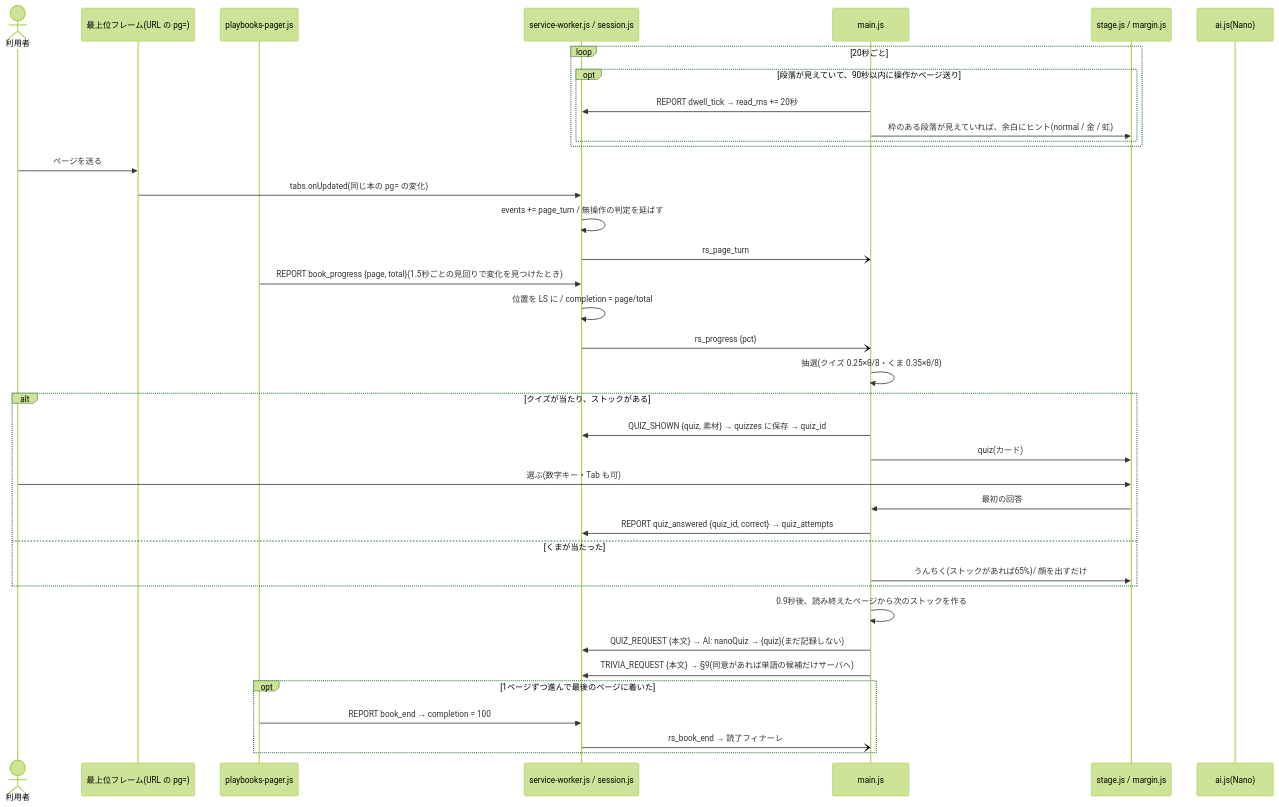
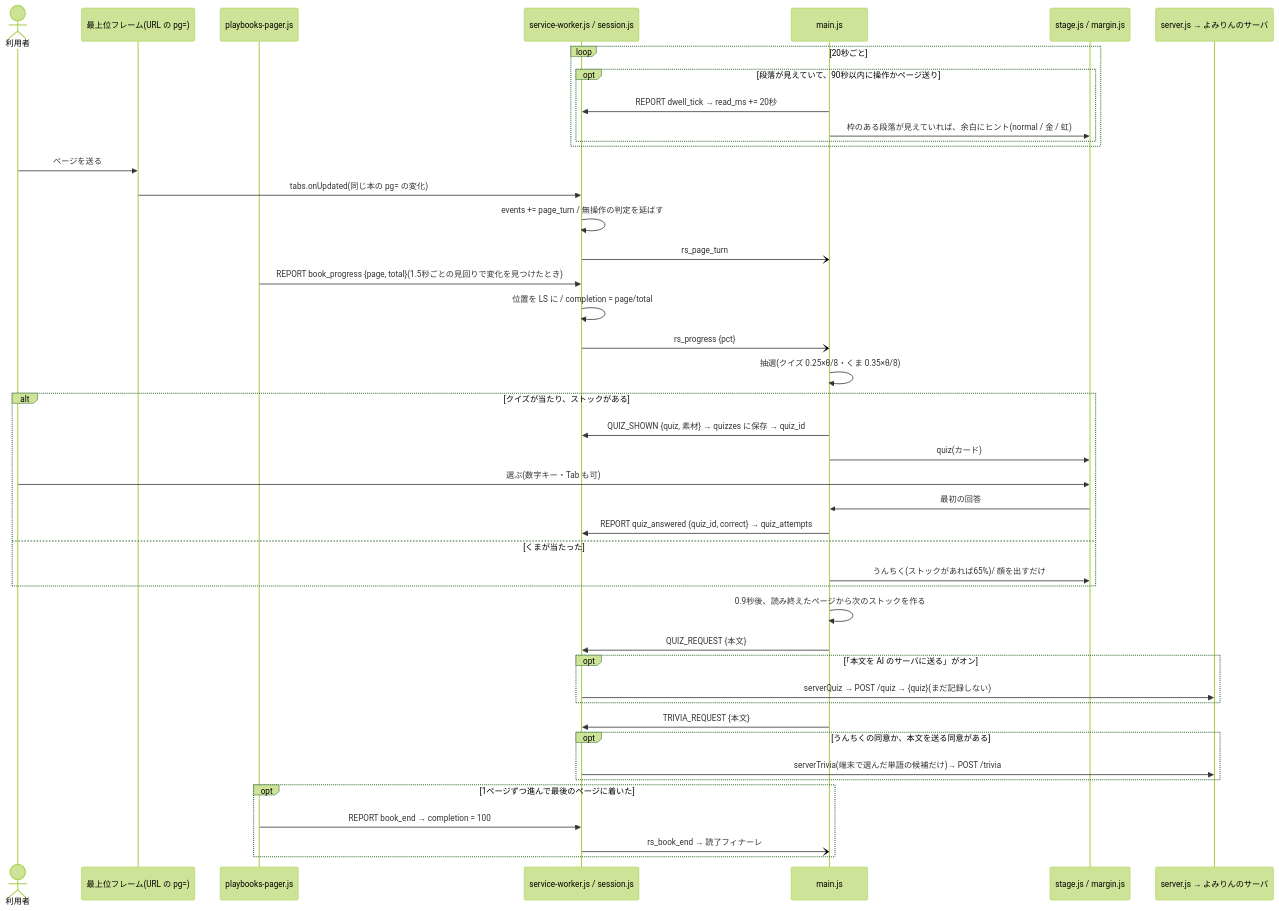
Before and after one commit to yukik8/yomirin: the third of 7 diagrams in docs/design.md, drawn with Mermaid (forest theme). The commit also changed other lines of this file and 23 other files, not shown here.

First line of the commit message:
Nano をやめ、突然クイズと問いへの答えをサーバ(/quiz・/ask)で作る。「本文を AI のサーバに送る」がオンのときだけ本文の一部を送る(ストア版も)・PRIVACY.md を更新 (v0.30)

````diff
--- a/docs/design.md
+++ b/docs/design.md
@@ -637,44 +643,50 @@
 ```mermaid
 sequenceDiagram
   actor U as 利用者
   participant T as 最上位フレーム(URL の pg=)
   participant PG as playbooks-pager.js
   participant SW as service-worker.js / session.js
   participant M as main.js
   participant ST as stage.js / margin.js
-  participant AI as ai.js(Nano)
+  participant SV as server.js → よみりんのサーバ
 
   loop 20秒ごと
     opt 段落が見えていて、90秒以内に操作かページ送り
       M->>SW: REPORT dwell_tick → read_ms += 20秒
       M->>ST: 枠のある段落が見えていれば、余白にヒント(normal / 金 / 虹)
     end
   end
 
   U->>T: ページを送る
   T->>SW: tabs.onUpdated(同じ本の pg= の変化)
   SW->>SW: events += page_turn / 無操作の判定を延ばす
   SW-)M: rs_page_turn
   PG->>SW: REPORT book_progress {page, total}(1.5秒ごとの見回りで変化を見つけたとき)
   SW->>SW: 位置を LS に / completion = page/total
   SW-)M: rs_progress {pct}
 
   M->>M: 抽選(クイズ 0.25×θ/8・くま 0.35×θ/8)
   alt クイズが当たり、ストックがある
     M->>SW: QUIZ_SHOWN {quiz, 素材} → quizzes に保存 → quiz_id
     M->>ST: quiz(カード)
     U->>ST: 選ぶ(数字キー・Tab も可)
     ST->>M: 最初の回答
     M->>SW: REPORT quiz_answered {quiz_id, correct} → quiz_attempts
   else くまが当たった
     M->>ST: うんちく(ストックがあれば65%)/ 顔を出すだけ
   end
   M->>M: 0.9秒後、読み終えたページから次のストックを作る
-  M->>SW: QUIZ_REQUEST {本文} → AI: nanoQuiz → {quiz}(まだ記録しない)
-  M->>SW: TRIVIA_REQUEST {本文} → §9(同意があれば単語の候補だけサーバへ)
+  M->>SW: QUIZ_REQUEST {本文}
+  opt 「本文を AI のサーバに送る」がオン
+    SW->>SV: serverQuiz → POST /quiz → {quiz}(まだ記録しない)
+  end
+  M->>SW: TRIVIA_REQUEST {本文}
+  opt うんちくの同意か、本文を送る同意がある
+    SW->>SV: serverTrivia(端末で選んだ単語の候補だけ)→ POST /trivia
+  end
 
   opt 1ページずつ進んで最後のページに着いた
     PG->>SW: REPORT book_end → completion = 100
     SW-)M: rs_book_end → 読了フィナーレ
   end
 ```
````
